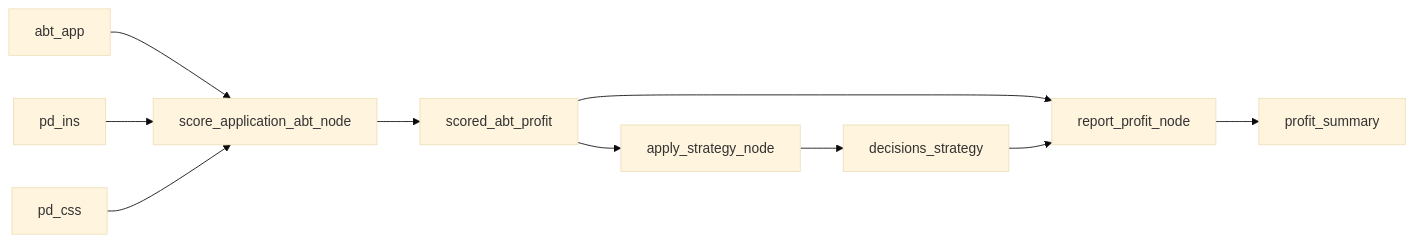
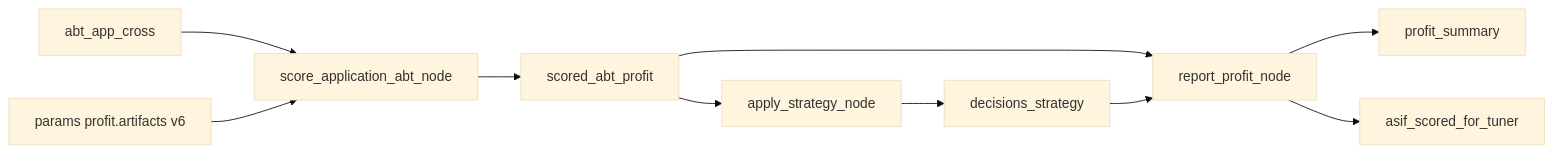
One commit to giangphuongtran/scorecard-builder changed the seventh of 7 diagrams in README.md. Above: the diagram before and after it, drawn with Mermaid (base theme). The commit also changed other lines of this file and 24 other files, not shown here.

````diff
--- a/README.md
+++ b/README.md
@@ -161,12 +343,12 @@
 ```mermaid
 flowchart LR
-    abtApp[abt_app] --> scoreNode[score_application_abt_node]
-    pdIns[pd_ins] --> scoreNode
-    pdCss[pd_css] --> scoreNode
+    abtCross[abt_app_cross] --> scoreNode[score_application_abt_node]
+    paramsArt[params profit.artifacts v6] --> scoreNode
     scoreNode --> scored[scored_abt_profit]
     scored --> strat[apply_strategy_node]
     strat --> decStrat[decisions_strategy]
     scored --> report[report_profit_node]
     decStrat --> report
     report --> profitSum[profit_summary]
+    report --> asif[asif_scored_for_tuner]
 ```
````
